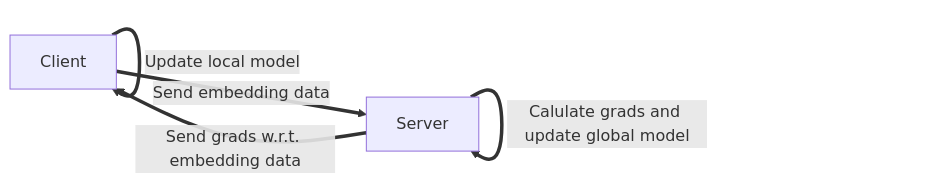
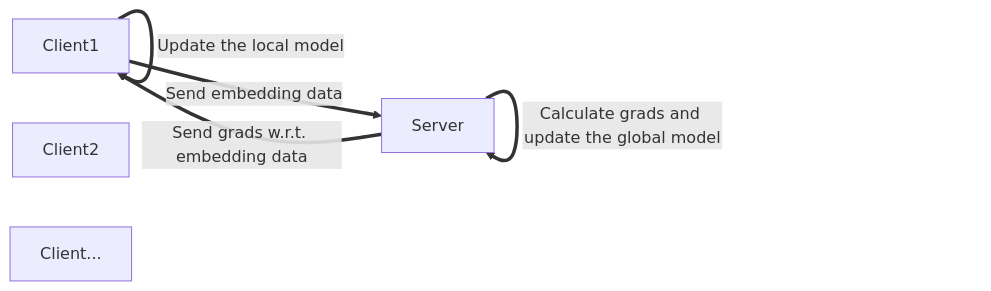
The diagram in README.md (haochengxia/VFL4LR), drawn with Mermaid before and after one commit.

Commit message:
doc: update mermaid content

````diff
--- a/README.md
+++ b/README.md
@@ -7,7 +7,9 @@
 ```mermaid
 graph LR;
-    Client ==Send embedding data==>Server;
-    Server ==Send grads w.r.t. embedding data==> Client;
-    Client ==Update local model==> Client;
-    Server ==Calulate grads and update global model==> Server;
+    Client1 ==Send embedding data==>Server;
+    Server ==Send grads w.r.t. embedding data==> Client1;
+    Client1 ==Update the local model==> Client1;
+    Server ==Calculate grads and update the global model==> Server;
+    Client2
+    Client...
 ```
````
